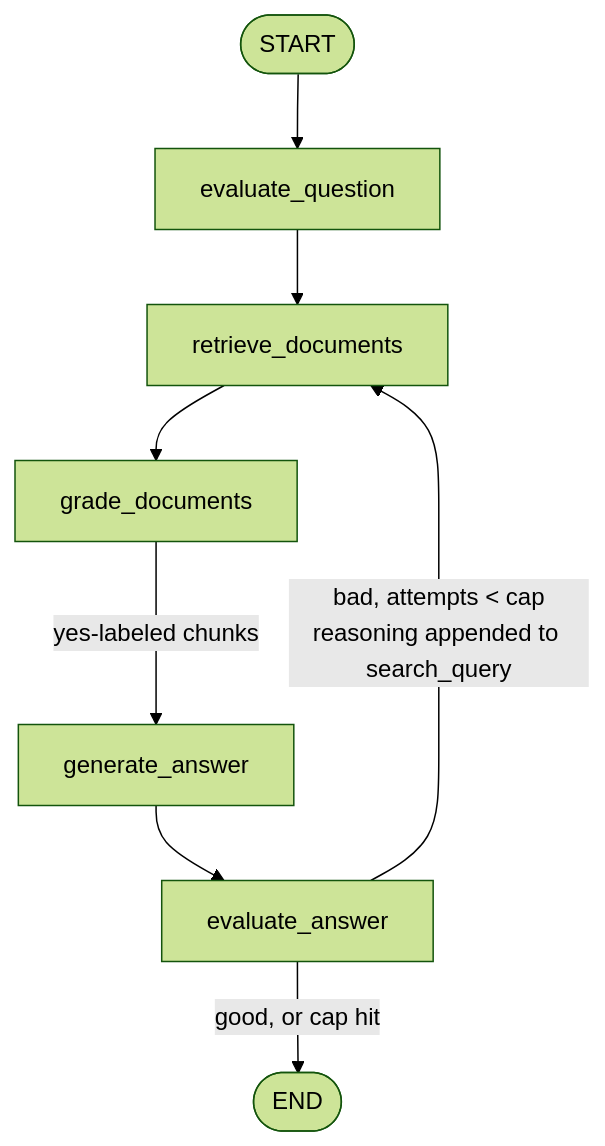
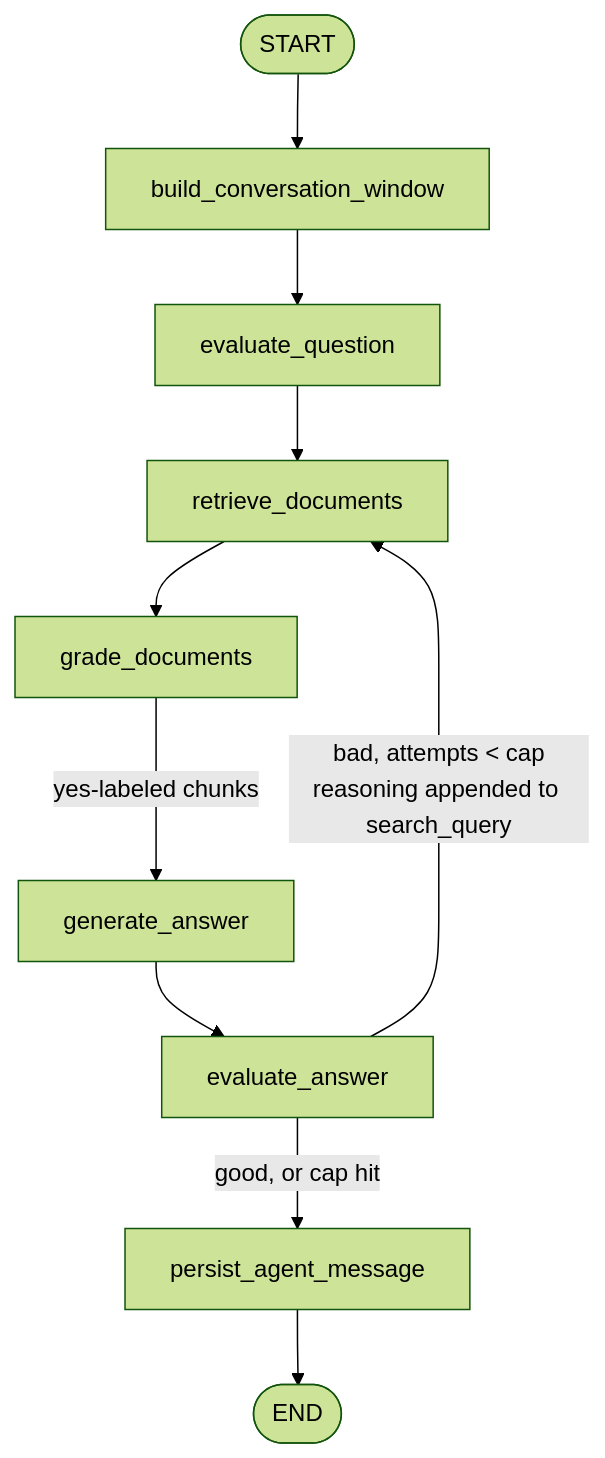
The diagram in docs/query_agent.md (NaorGavriel/mnrva), drawn with Mermaid (forest theme) before and after one commit. The commit also changed other lines of this file, not shown here.

Commit message:
Updated query_agent.md to reflect persistance addition.

````diff
--- a/docs/query_agent.md
+++ b/docs/query_agent.md
@@ -12,10 +12,12 @@
 ```mermaid
 graph TD
-    START([START]) --> EQ[evaluate_question]
+    START([START]) --> BCW[build_conversation_window]
+    BCW --> EQ[evaluate_question]
     EQ --> RD[retrieve_documents]
     RD --> GD[grade_documents]
     GD -->|yes-labeled chunks| GA[generate_answer]
     GA --> EA[evaluate_answer]
     EA -->|bad, attempts < cap<br/>reasoning appended to search_query| RD
-    EA -->|good, or cap hit| END([END])
+    EA -->|good, or cap hit| PM[persist_agent_message]
+    PM --> END([END])
 ```
````
